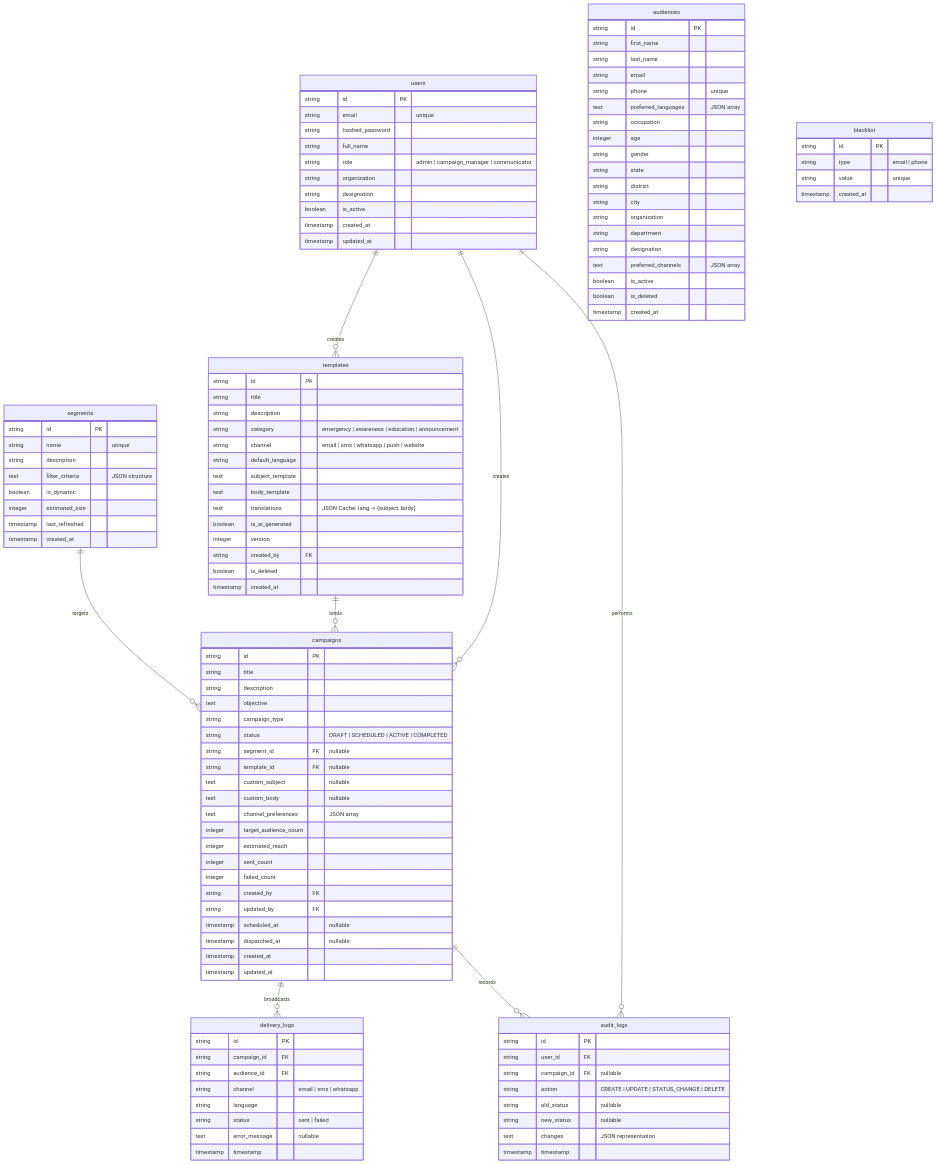
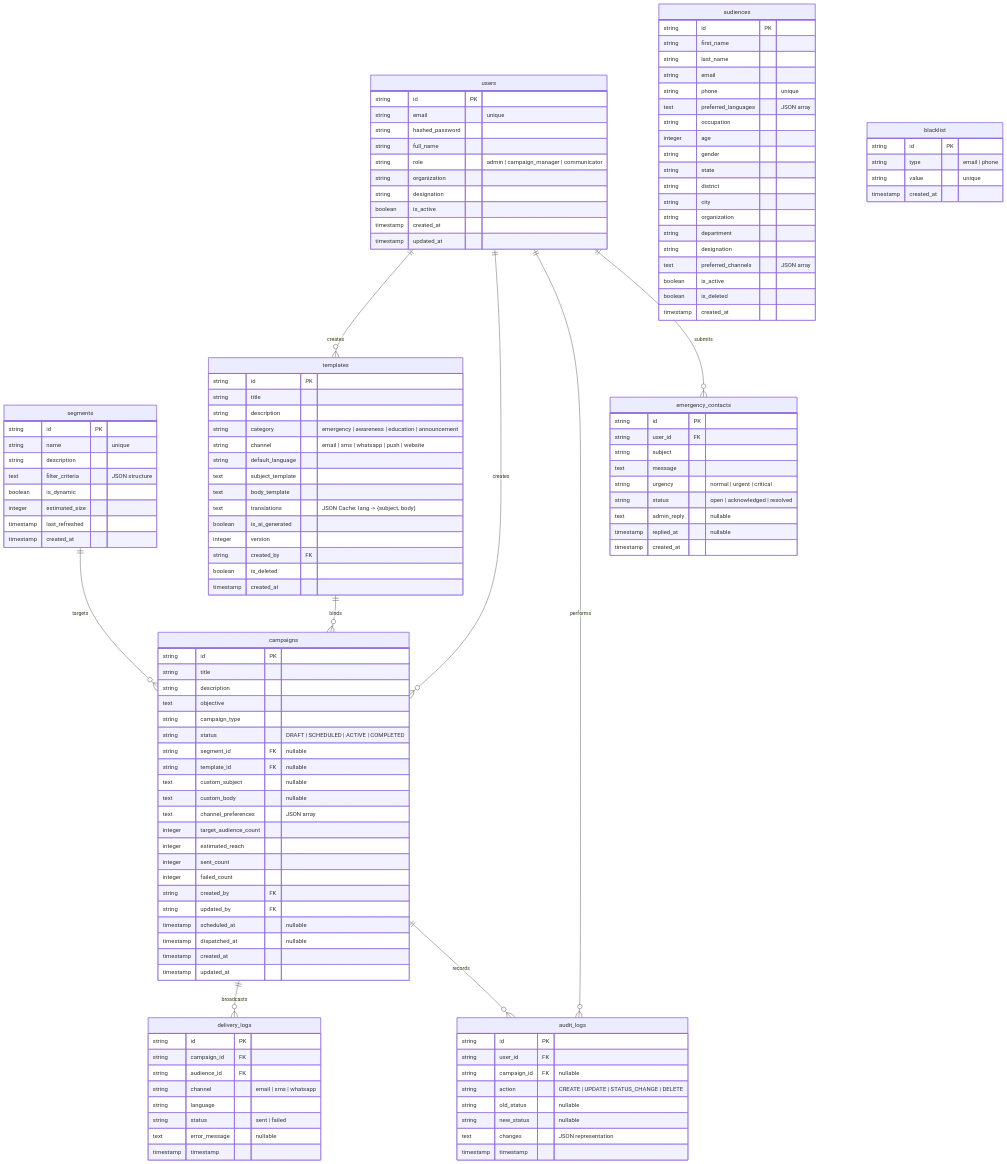
The second of 2 diagrams in README.md (RiyanshiVerma-11/CommAI), drawn with Mermaid before and after one commit. The commit also changed other lines of this file, not shown here.

````diff
--- a/README.md
+++ b/README.md
@@ -189,6 +192,18 @@
         timestamp created_at
     }
 
+    emergency_contacts {
+        string id PK
+        string user_id FK
+        string subject
+        text message
+        string urgency "normal | urgent | critical"
+        string status "open | acknowledged | resolved"
+        text admin_reply "nullable"
+        timestamp replied_at "nullable"
+        timestamp created_at
+    }
+
     users ||--o{ templates : "creates"
     users ||--o{ campaigns : "creates"
     users ||--o{ audit_logs : "performs"
@@ -196,4 +211,5 @@
     templates ||--o{ campaigns : "binds"
     campaigns ||--o{ delivery_logs : "broadcasts"
     campaigns ||--o{ audit_logs : "records"
+    users ||--o{ emergency_contacts : "submits"
 ```
````
